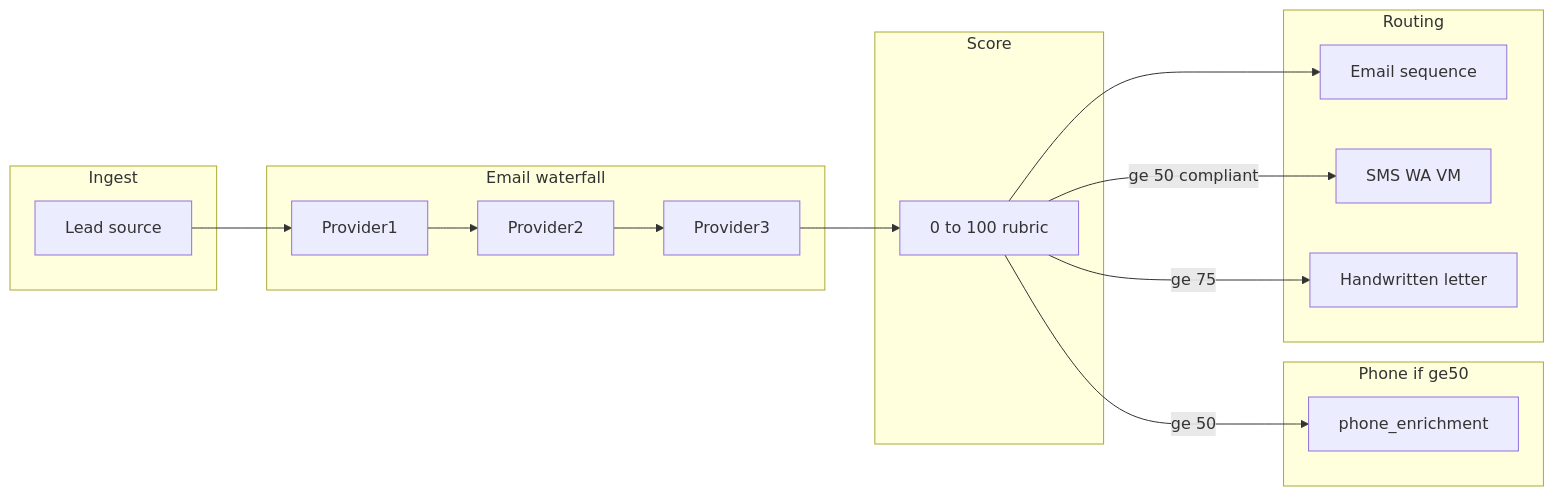
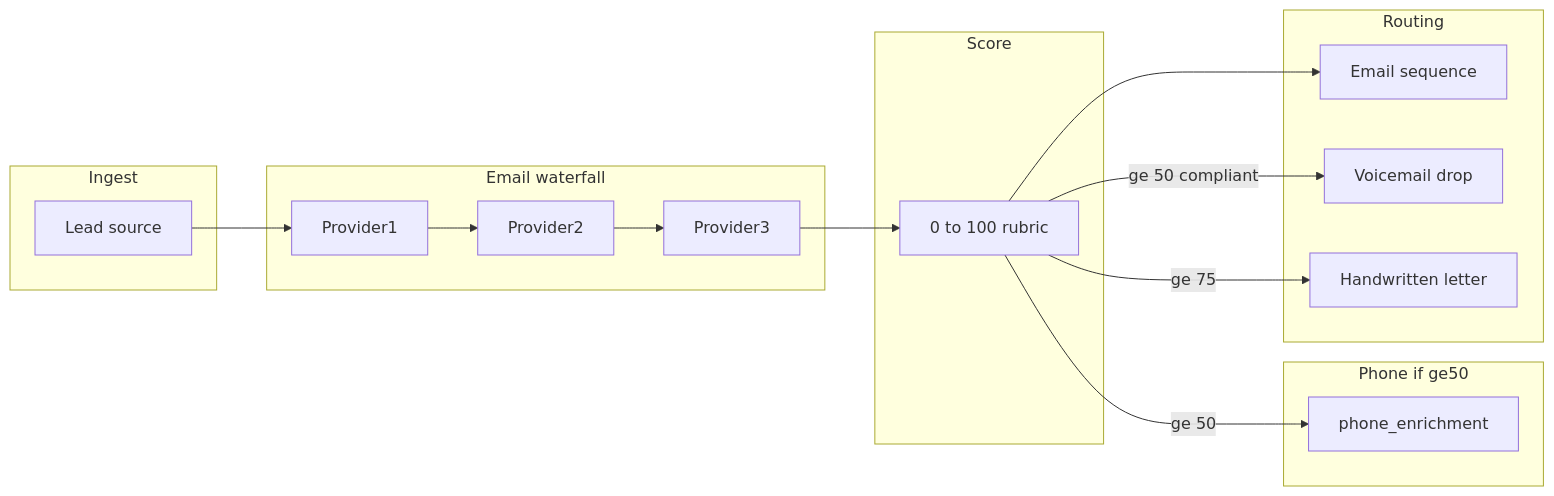
Before and after one commit to Codyp10/JMCG-AI-Outreach: the first of 2 diagrams in docs/jmcg-ai-outreach-plan.md, drawn with Mermaid. The commit also changed other lines of this file, not shown here.

First line of the commit message:
docs: US channels — email, voicemail, handwritten only (no SMS/WhatsApp)

````diff
--- a/docs/jmcg-ai-outreach-plan.md
+++ b/docs/jmcg-ai-outreach-plan.md
@@ -298,27 +299,27 @@
 ```mermaid
 flowchart LR
   subgraph ingest [Ingest]
     L[Lead source]
   end
   subgraph water [Email waterfall]
     P1[Provider1]
     P2[Provider2]
     P3[Provider3]
   end
   subgraph score [Score]
     S[0 to 100 rubric]
   end
   subgraph phone [Phone if ge50]
     PH[phone_enrichment]
   end
   subgraph route [Routing]
     E[Email sequence]
-    M[SMS WA VM]
+    VM[Voicemail drop]
     DM[Handwritten letter]
   end
   L --> P1 --> P2 --> P3 --> S
   S -->|ge 50| PH
   S --> E
-  S -->|ge 50 compliant| M
+  S -->|ge 50 compliant| VM
   S -->|ge 75| DM
 ```
````
